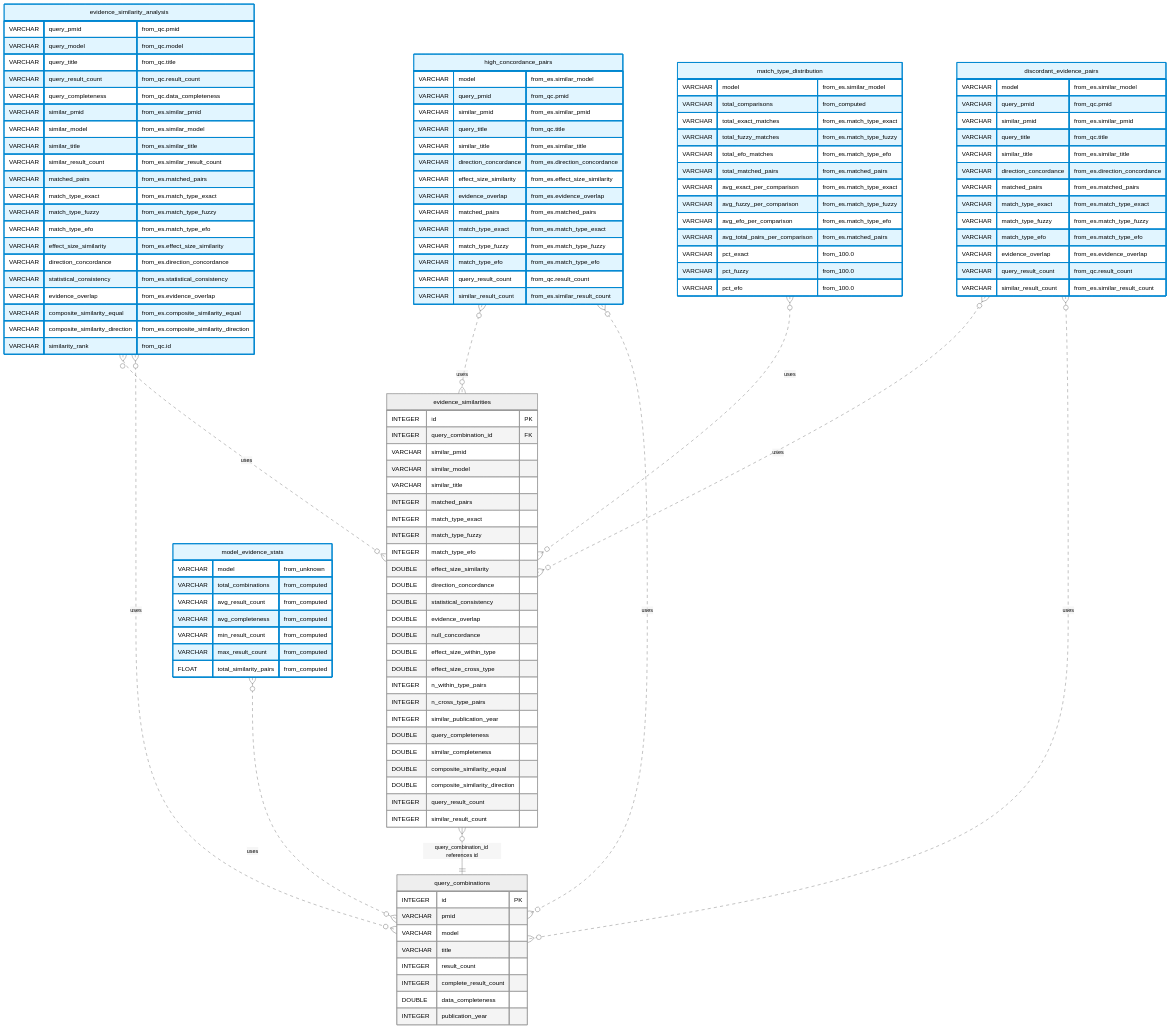
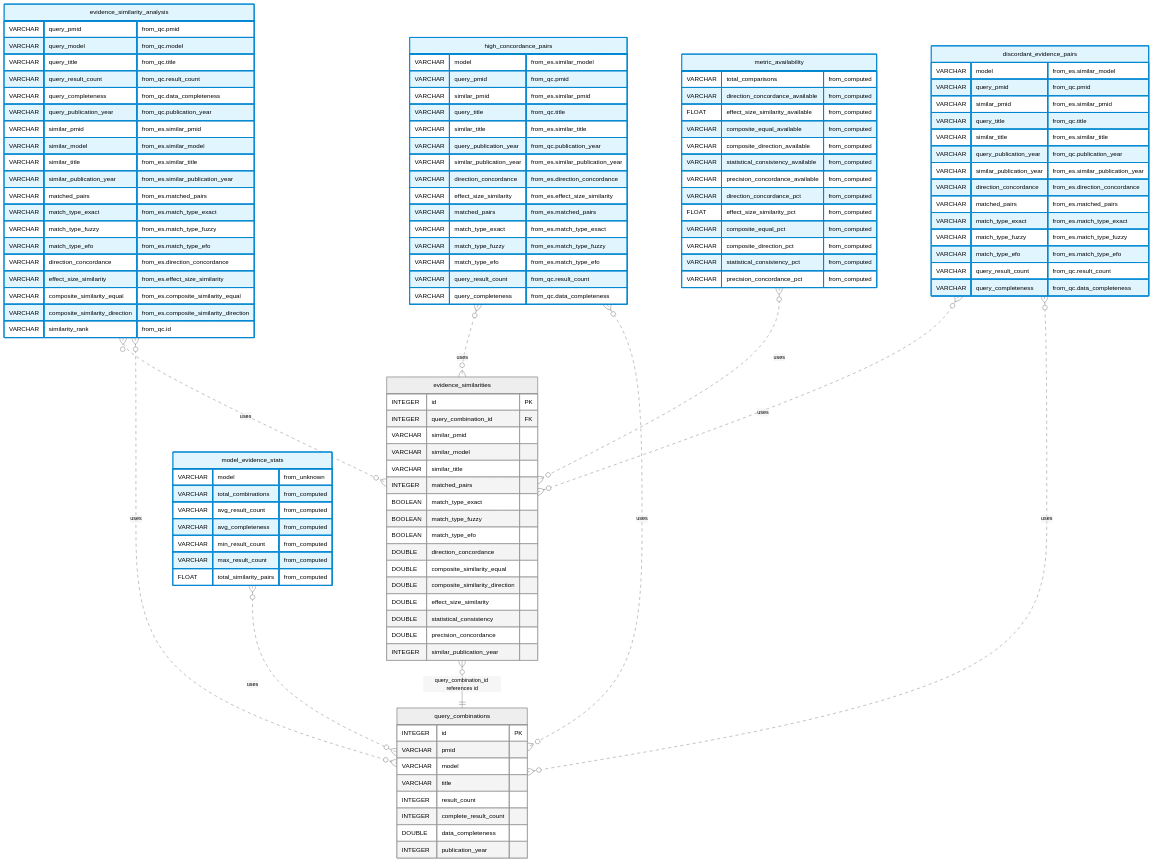
Before and after one commit to MRCIEU/mr-kg: the third of 3 diagrams in docs/processing/db-schema.md, drawn with Mermaid (neutral theme). The commit also changed other lines of this file and 9 other files, not shown here.

````diff
--- a/docs/processing/db-schema.md
+++ b/docs/processing/db-schema.md
@@ -581,25 +582,16 @@
         VARCHAR similar_model
         VARCHAR similar_title
         INTEGER matched_pairs
-        INTEGER match_type_exact
-        INTEGER match_type_fuzzy
-        INTEGER match_type_efo
-        DOUBLE effect_size_similarity
+        BOOLEAN match_type_exact
+        BOOLEAN match_type_fuzzy
+        BOOLEAN match_type_efo
         DOUBLE direction_concordance
-        DOUBLE statistical_consistency
-        DOUBLE evidence_overlap
-        DOUBLE null_concordance
-        DOUBLE effect_size_within_type
-        DOUBLE effect_size_cross_type
-        INTEGER n_within_type_pairs
-        INTEGER n_cross_type_pairs
-        INTEGER similar_publication_year
-        DOUBLE query_completeness
-        DOUBLE similar_completeness
         DOUBLE composite_similarity_equal
         DOUBLE composite_similarity_direction
-        INTEGER query_result_count
-        INTEGER similar_result_count
+        DOUBLE effect_size_similarity
+        DOUBLE statistical_consistency
+        DOUBLE precision_concordance
+        INTEGER similar_publication_year
     }
     evidence_similarity_analysis {
         VARCHAR query_pmid "from_qc.pmid"
@@ -607,18 +599,17 @@
         VARCHAR query_title "from_qc.title"
         VARCHAR query_result_count "from_qc.result_count"
         VARCHAR query_completeness "from_qc.data_completeness"
+        VARCHAR query_publication_year "from_qc.publication_year"
         VARCHAR similar_pmid "from_es.similar_pmid"
         VARCHAR similar_model "from_es.similar_model"
         VARCHAR similar_title "from_es.similar_title"
-        VARCHAR similar_result_count "from_es.similar_result_count"
+        VARCHAR similar_publication_year "from_es.similar_publication_year"
         VARCHAR matched_pairs "from_es.matched_pairs"
         VARCHAR match_type_exact "from_es.match_type_exact"
         VARCHAR match_type_fuzzy "from_es.match_type_fuzzy"
         VARCHAR match_type_efo "from_es.match_type_efo"
+        VARCHAR direction_concordance "from_es.direction_concordance"
         VARCHAR effect_size_similarity "from_es.effect_size_similarity"
-        VARCHAR direction_concordance "from_es.direction_concordance"
-        VARCHAR statistical_consistency "from_es.statistical_consistency"
-        VARCHAR evidence_overlap "from_es.evidence_overlap"
         VARCHAR composite_similarity_equal "from_es.composite_similarity_equal"
         VARCHAR composite_similarity_direction "from_es.composite_similarity_direction"
         VARCHAR similarity_rank "from_qc.id"
@@ -638,15 +629,16 @@
         VARCHAR similar_pmid "from_es.similar_pmid"
         VARCHAR query_title "from_qc.title"
         VARCHAR similar_title "from_es.similar_title"
+        VARCHAR query_publication_year "from_qc.publication_year"
+        VARCHAR similar_publication_year "from_es.similar_publication_year"
         VARCHAR direction_concordance "from_es.direction_concordance"
         VARCHAR effect_size_similarity "from_es.effect_size_similarity"
-        VARCHAR evidence_overlap "from_es.evidence_overlap"
         VARCHAR matched_pairs "from_es.matched_pairs"
         VARCHAR match_type_exact "from_es.match_type_exact"
         VARCHAR match_type_fuzzy "from_es.match_type_fuzzy"
         VARCHAR match_type_efo "from_es.match_type_efo"
         VARCHAR query_result_count "from_qc.result_count"
-        VARCHAR similar_result_count "from_es.similar_result_count"
+        VARCHAR query_completeness "from_qc.data_completeness"
     }
     discordant_evidence_pairs {
         VARCHAR model "from_es.similar_model"
@@ -654,29 +646,30 @@
         VARCHAR similar_pmid "from_es.similar_pmid"
         VARCHAR query_title "from_qc.title"
         VARCHAR similar_title "from_es.similar_title"
+        VARCHAR query_publication_year "from_qc.publication_year"
+        VARCHAR similar_publication_year "from_es.similar_publication_year"
         VARCHAR direction_concordance "from_es.direction_concordance"
         VARCHAR matched_pairs "from_es.matched_pairs"
         VARCHAR match_type_exact "from_es.match_type_exact"
         VARCHAR match_type_fuzzy "from_es.match_type_fuzzy"
         VARCHAR match_type_efo "from_es.match_type_efo"
-        VARCHAR evidence_overlap "from_es.evidence_overlap"
         VARCHAR query_result_count "from_qc.result_count"
-        VARCHAR similar_result_count "from_es.similar_result_count"
+        VARCHAR query_completeness "from_qc.data_completeness"
     }
-    match_type_distribution {
-        VARCHAR model "from_es.similar_model"
+    metric_availability {
         VARCHAR total_comparisons "from_computed"
-        VARCHAR total_exact_matches "from_es.match_type_exact"
-        VARCHAR total_fuzzy_matches "from_es.match_type_fuzzy"
-        VARCHAR total_efo_matches "from_es.match_type_efo"
-        VARCHAR total_matched_pairs "from_es.matched_pairs"
-        VARCHAR avg_exact_per_comparison "from_es.match_type_exact"
-        VARCHAR avg_fuzzy_per_comparison "from_es.match_type_fuzzy"
-        VARCHAR avg_efo_per_comparison "from_es.match_type_efo"
-        VARCHAR avg_total_pairs_per_comparison "from_es.matched_pairs"
-        VARCHAR pct_exact "from_100.0"
-        VARCHAR pct_fuzzy "from_100.0"
-        VARCHAR pct_efo "from_100.0"
+        VARCHAR direction_concordance_available "from_computed"
+        FLOAT effect_size_similarity_available "from_computed"
+        VARCHAR composite_equal_available "from_computed"
+        VARCHAR composite_direction_available "from_computed"
+        VARCHAR statistical_consistency_available "from_computed"
+        VARCHAR precision_concordance_available "from_computed"
+        VARCHAR direction_concordance_pct "from_computed"
+        FLOAT effect_size_similarity_pct "from_computed"
+        VARCHAR composite_equal_pct "from_computed"
+        VARCHAR composite_direction_pct "from_computed"
+        VARCHAR statistical_consistency_pct "from_computed"
+        VARCHAR precision_concordance_pct "from_computed"
     }
     evidence_similarities }o--|| query_combinations : "query_combination_id references id"
     evidence_similarity_analysis }o..o{ evidence_similarities : "uses"
@@ -686,12 +679,12 @@
     high_concordance_pairs }o..o{ query_combinations : "uses"
     discordant_evidence_pairs }o..o{ evidence_similarities : "uses"
     discordant_evidence_pairs }o..o{ query_combinations : "uses"
-    match_type_distribution }o..o{ evidence_similarities : "uses"
+    metric_availability }o..o{ evidence_similarities : "uses"
 
     %% Styling
     style evidence_similarity_analysis fill:#e1f5ff,stroke:#0288d1,stroke-width:2px
     style model_evidence_stats fill:#e1f5ff,stroke:#0288d1,stroke-width:2px
     style high_concordance_pairs fill:#e1f5ff,stroke:#0288d1,stroke-width:2px
     style discordant_evidence_pairs fill:#e1f5ff,stroke:#0288d1,stroke-width:2px
-    style match_type_distribution fill:#e1f5ff,stroke:#0288d1,stroke-width:2px
+    style metric_availability fill:#e1f5ff,stroke:#0288d1,stroke-width:2px
 ```
````
